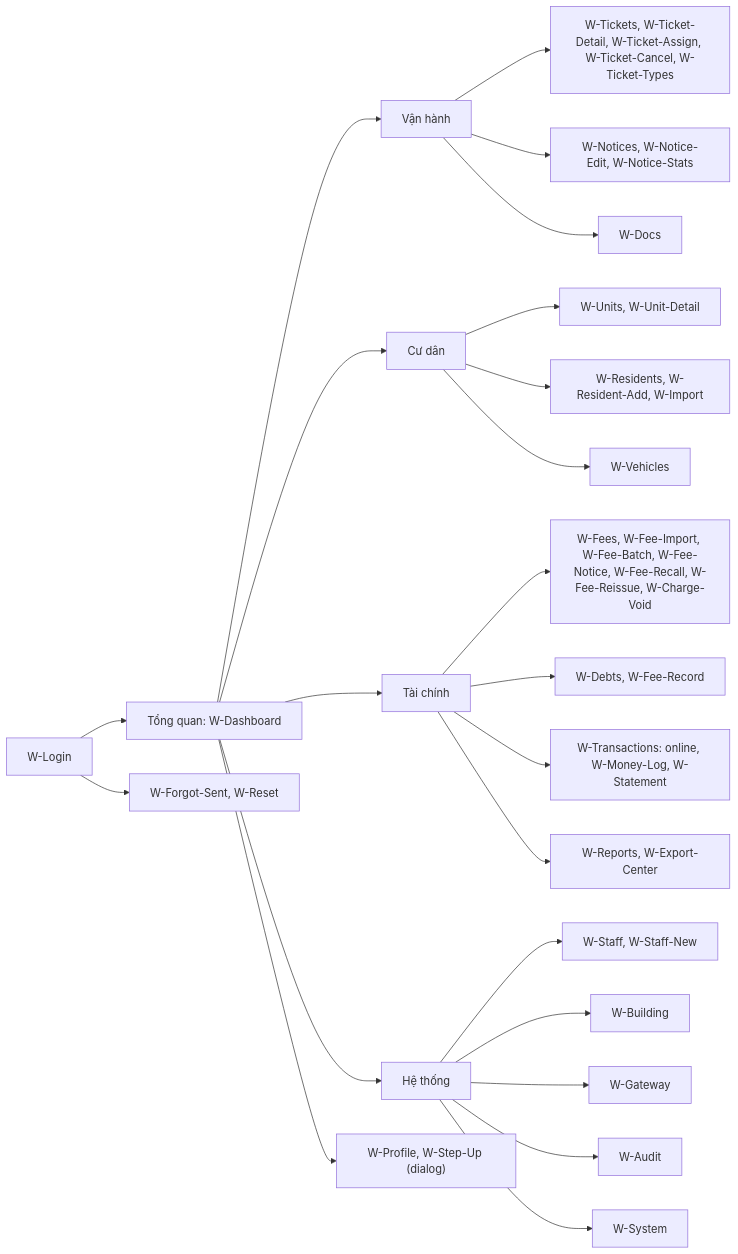
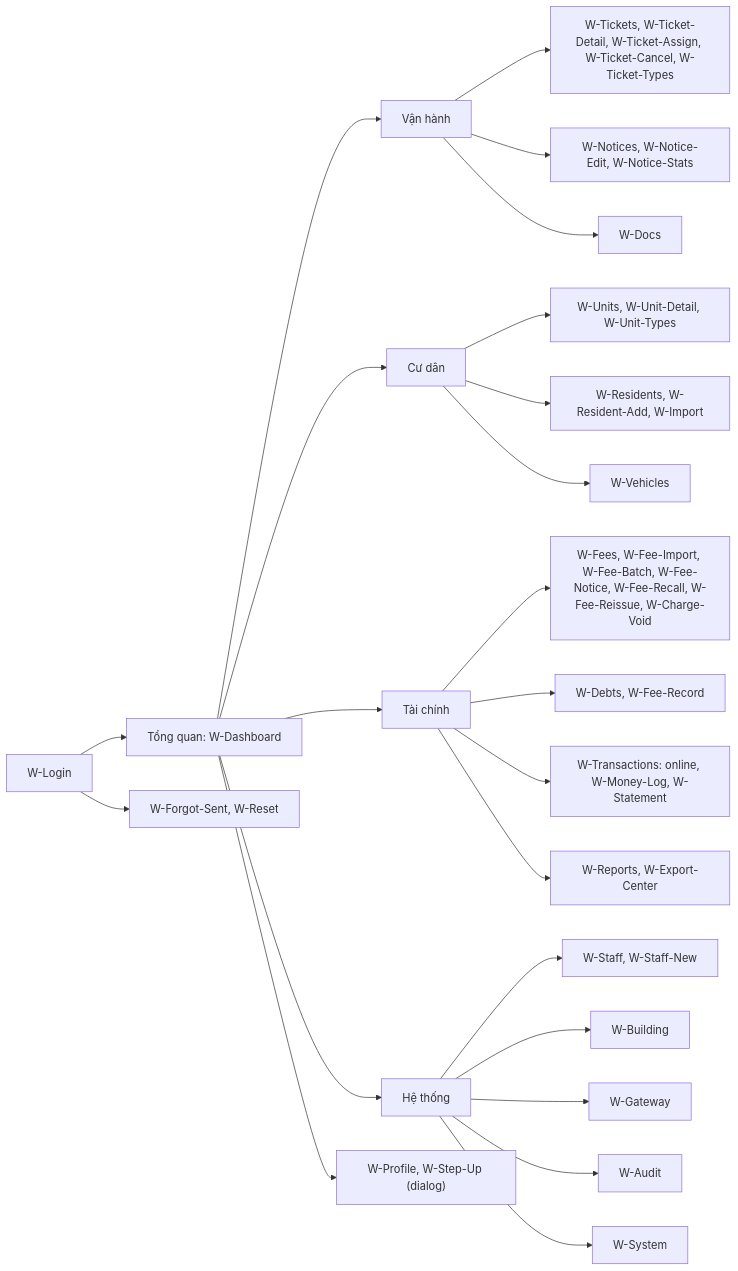
One commit to ninggiangboy/residential-management-system changed the third of 3 diagrams in docs/08-ux-ui/ux-principles-and-ia.md. Above: the diagram before and after it, drawn with Mermaid. The commit also changed other lines of this file and 20 other files, not shown here.

First line of the commit message:
docs(docs): DR-314, DR-315 and task P1-30, unit types and their defaults

````diff
--- a/docs/08-ux-ui/ux-principles-and-ia.md
+++ b/docs/08-ux-ui/ux-principles-and-ia.md
@@ -113,25 +113,25 @@
 ```mermaid
 flowchart LR
   WL["W-Login"] --> WD["Tổng quan: W-Dashboard"]
   WL --> WF["W-Forgot-Sent, W-Reset"]
   WD --> OP["Vận hành"]
   OP --> WT["W-Tickets, W-Ticket-Detail, W-Ticket-Assign, W-Ticket-Cancel, W-Ticket-Types"]
   OP --> WN["W-Notices, W-Notice-Edit, W-Notice-Stats"]
   OP --> WK["W-Docs"]
   WD --> RS["Cư dân"]
-  RS --> WU["W-Units, W-Unit-Detail"]
+  RS --> WU["W-Units, W-Unit-Detail, W-Unit-Types"]
   RS --> WR["W-Residents, W-Resident-Add, W-Import"]
   RS --> WV["W-Vehicles"]
   WD --> FI["Tài chính"]
   FI --> WB["W-Fees, W-Fee-Import, W-Fee-Batch, W-Fee-Notice, W-Fee-Recall, W-Fee-Reissue, W-Charge-Void"]
   FI --> WDB["W-Debts, W-Fee-Record"]
   FI --> WTX["W-Transactions: online, W-Money-Log, W-Statement"]
   FI --> WRP["W-Reports, W-Export-Center"]
   WD --> SY["Hệ thống"]
   SY --> WS["W-Staff, W-Staff-New"]
   SY --> WBD["W-Building"]
   SY --> WG["W-Gateway"]
   SY --> WA["W-Audit"]
   SY --> WSY["W-System"]
   WD --> PR["W-Profile, W-Step-Up (dialog)"]
 ```
````
